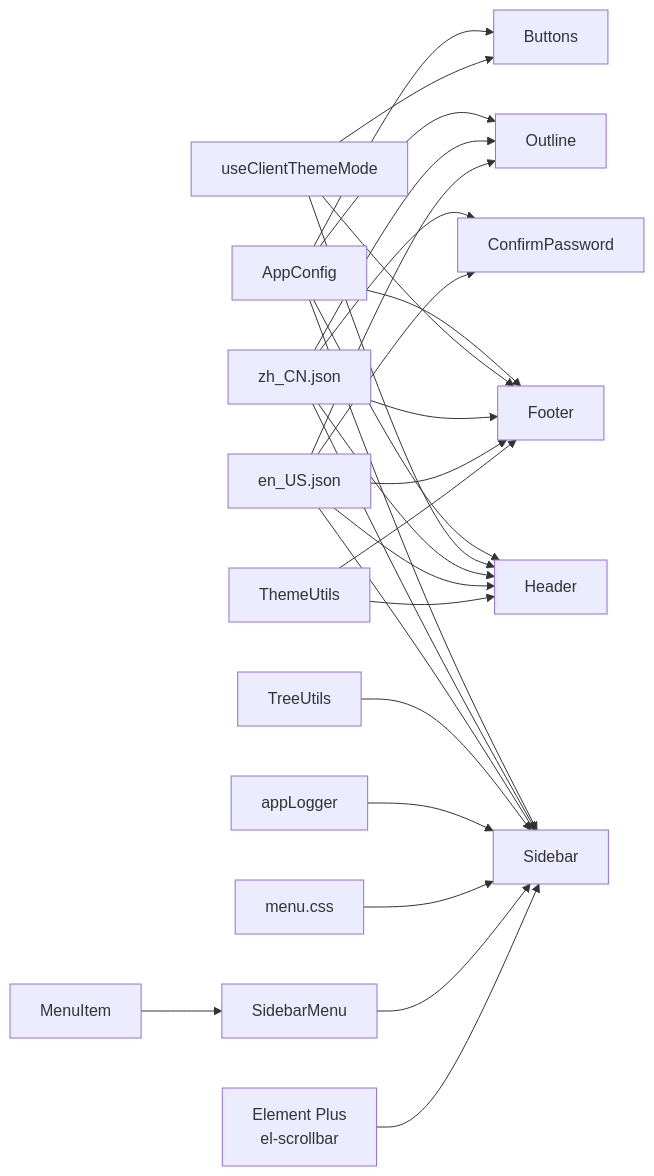
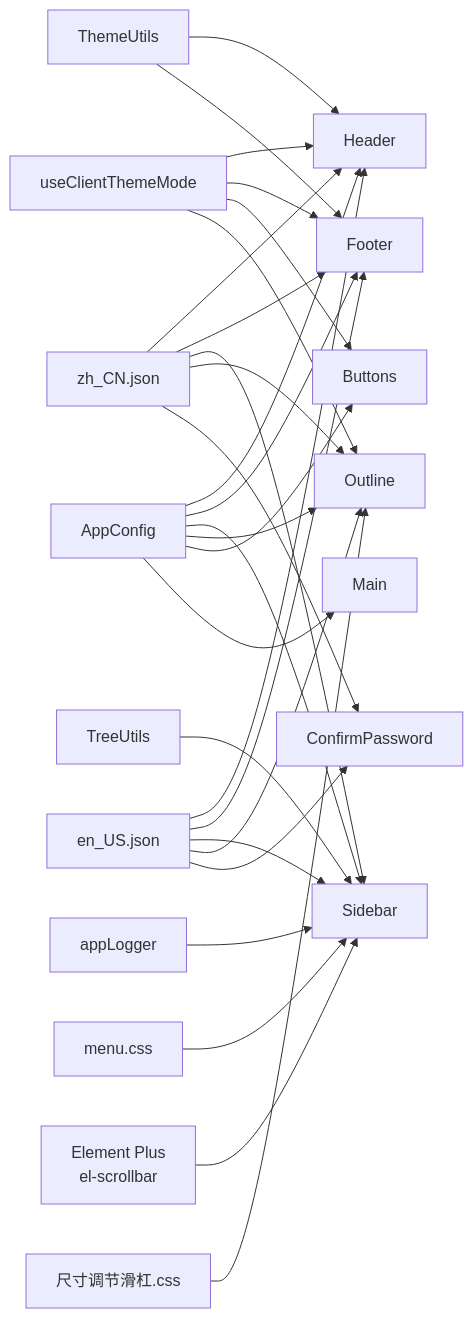
One commit to terwer/siyuan-plugin-blog changed diagram 13 of 13 in .qoder/repowiki/zh/content/核心功能/UI 组件系统/UI 组件系统.md. Above: the diagram before and after it, drawn with Mermaid. The commit also changed other lines of this file and 4 other files, not shown here.

````diff
--- a/.qoder/repowiki/zh/content/核心功能/UI 组件系统/UI 组件系统.md
+++ b/.qoder/repowiki/zh/content/核心功能/UI 组件系统/UI 组件系统.md
@@ -605,29 +756,30 @@
 ```mermaid
 graph LR
 AC["AppConfig"] --> H["Header"]
 AC --> F["Footer"]
 AC --> S["Sidebar"]
 AC --> O["Outline"]
 AC --> B["Buttons"]
+AC --> M["Main"]
 TM["useClientThemeMode"] --> H
 TM --> F
 TM --> B
+TM --> O
 ZH["zh_CN.json"] --> H
 ZH --> F
 ZH --> S
 ZH --> O
 ZH --> CP["ConfirmPassword"]
 EN["en_US.json"] --> H
 EN --> F
 EN --> S
 EN --> O
 EN --> CP
 TU["ThemeUtils"] --> H
 TU --> F
 TR["TreeUtils"] --> S
 AL["appLogger"] --> S
 MCSS["menu.css"] --> S
-SM["SidebarMenu"] --> S
-MI["MenuItem"] --> SM
+SLIDER["尺寸调节滑杠.css"] --> O
 ES["Element Plus<br/>el-scrollbar"] --> S
 ```
````
